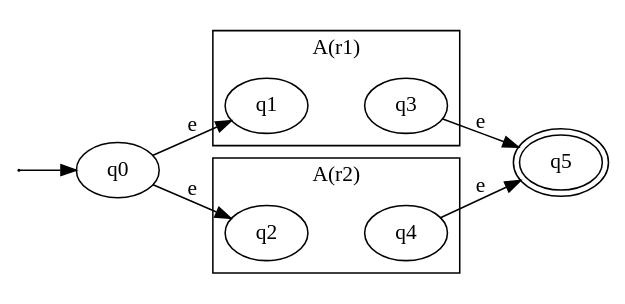
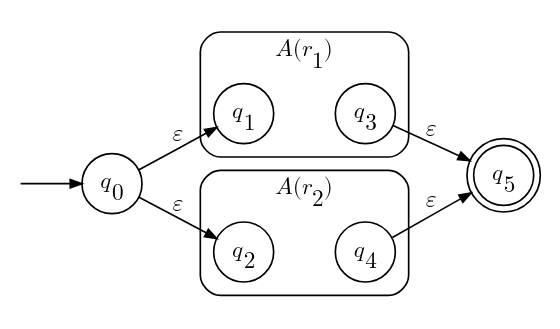
One commit to karlstroetmann/Formal-Languages changed the diagram in Lecture-Notes/Abbildungen/aPlus.dot. Above: the diagram before and after it, drawn with Graphviz. The commit also changed other lines of this file and 37 other files, not shown here.

```diff
--- a/Lecture-Notes/Abbildungen/aPlus.dot
+++ b/Lecture-Notes/Abbildungen/aPlus.dot
@@ -1,21 +1,34 @@
-digraph G {    
+digraph G {
+    // The labels use the font Latin Modern Math (from TeX Live), so they look
+    // like $q_0$, $A(r)$ and $\varepsilon$ in the lecture notes.
     rankdir=LR;
-    size = "5,7";
+    fontname="Latin Modern Math";
+    fontsize=14;
+    node [shape=circle, fixedsize=true, width=0.5,
+          fontname="Latin Modern Math", fontsize=14];
+    edge [fontname="Latin Modern Math", fontsize=14, arrowsize=0.7];
+    1 [shape=none, label="", width=0, height=0];
     1 -> q0;
-    1 [label="",width=0.00001,height=0.00001];
-    q0 -> q1 [fontname=Symbol,label="e"];
-    q0 -> q2 [fontname=Symbol,label="e"];
-    q3 -> q5 [fontname=Symbol,label="e"];
-    q4 -> q5 [fontname=Symbol,label="e"];
+    q0 [label=<𝑞<SUB>0</SUB>>];
+    q1 [label=<𝑞<SUB>1</SUB>>];
+    q2 [label=<𝑞<SUB>2</SUB>>];
+    q3 [label=<𝑞<SUB>3</SUB>>];
+    q4 [label=<𝑞<SUB>4</SUB>>];
+    q5 [label=<𝑞<SUB>5</SUB>>, shape=doublecircle];
+    q0 -> q1 [label="𝜀"];
+    q0 -> q2 [label="𝜀"];
+    q3 -> q5 [label="𝜀"];
+    q4 -> q5 [label="𝜀"];
 
-  subgraph cluster0 {
-    label="A(r1)"
-    q1 -> q3 [style="invis"];
-  }
+    subgraph cluster0 {
+        label=<𝐴(𝑟<SUB>1</SUB>)>;
+        style=rounded;
+        q1 -> q3 [style=invis];
+    }
 
-  subgraph cluster1 {
-    label="A(r2)"
-    q2 -> q4 [style="invis"];
-  }
-    q5  [peripheries=2];
+    subgraph cluster1 {
+        label=<𝐴(𝑟<SUB>2</SUB>)>;
+        style=rounded;
+        q2 -> q4 [style=invis];
+    }
 }
```
